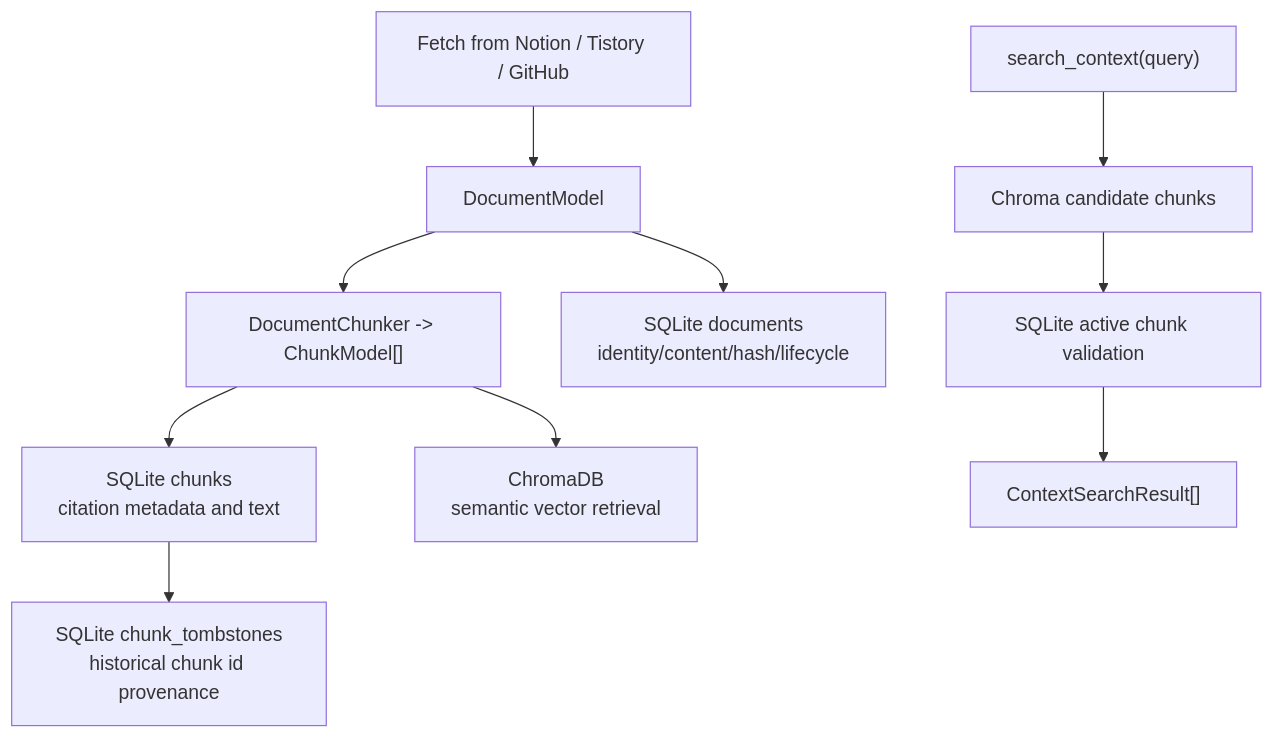
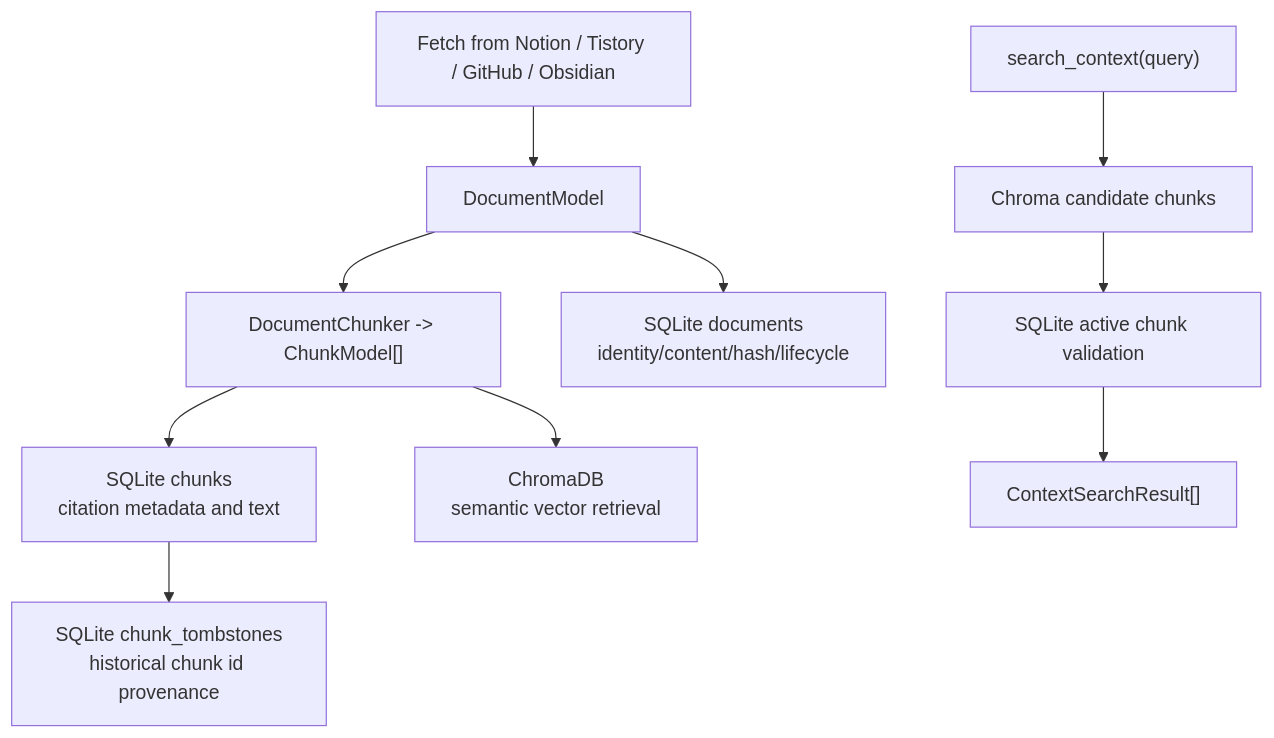
The second of 2 diagrams in docs/contextwiki-core-understanding.md (eunhwa99/MCPContentSearch), drawn with Mermaid before and after one commit. The commit also changed other lines of this file and 29 other files, not shown here.

````diff
--- a/docs/contextwiki-core-understanding.md
+++ b/docs/contextwiki-core-understanding.md
@@ -186,21 +208,21 @@
 ```mermaid
 flowchart TD
-    A["Fetch from Notion / Tistory / GitHub"]
+    A["Fetch from Notion / Tistory / GitHub / Obsidian"]
     B["DocumentModel"]
     C["DocumentChunker -> ChunkModel[]"]
     D["SQLite documents<br/>identity/content/hash/lifecycle"]
     E["SQLite chunks<br/>citation metadata and text"]
     T["SQLite chunk_tombstones<br/>historical chunk id provenance"]
     F["ChromaDB<br/>semantic vector retrieval"]
     G["search_context(query)"]
     H["Chroma candidate chunks"]
     I["SQLite active chunk validation"]
     J["ContextSearchResult[]"]
 
     A --> B --> C
     B --> D
     C --> E
     C --> F
     E --> T
     G --> H --> I --> J
 ```
````
